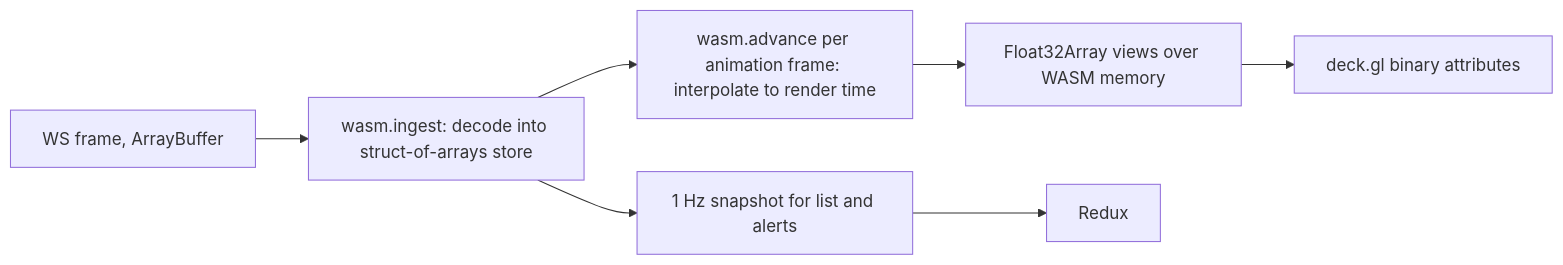
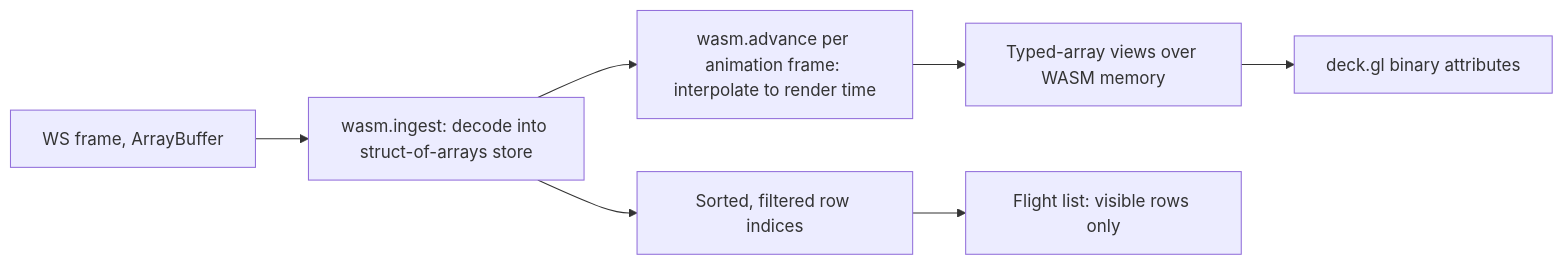
The second of 3 diagrams in docs/DESIGN.md (ghoti143/atcdemo), drawn with Mermaid before and after one commit. The commit also changed other lines of this file and 1 other file, not shown here.

````diff
--- a/docs/DESIGN.md
+++ b/docs/DESIGN.md
@@ -156,9 +264,9 @@
 ```mermaid
 flowchart LR
   A["WS frame, ArrayBuffer"] --> B["wasm.ingest: decode into struct-of-arrays store"]
   B --> C["wasm.advance per animation frame: interpolate to render time"]
-  C --> D["Float32Array views over WASM memory"]
+  C --> D["Typed-array views over WASM memory"]
   D --> E["deck.gl binary attributes"]
-  B --> F["1 Hz snapshot for list and alerts"]
-  F --> G["Redux"]
+  B --> F["Sorted, filtered row indices"]
+  F --> G["Flight list: visible rows only"]
 ```
````
